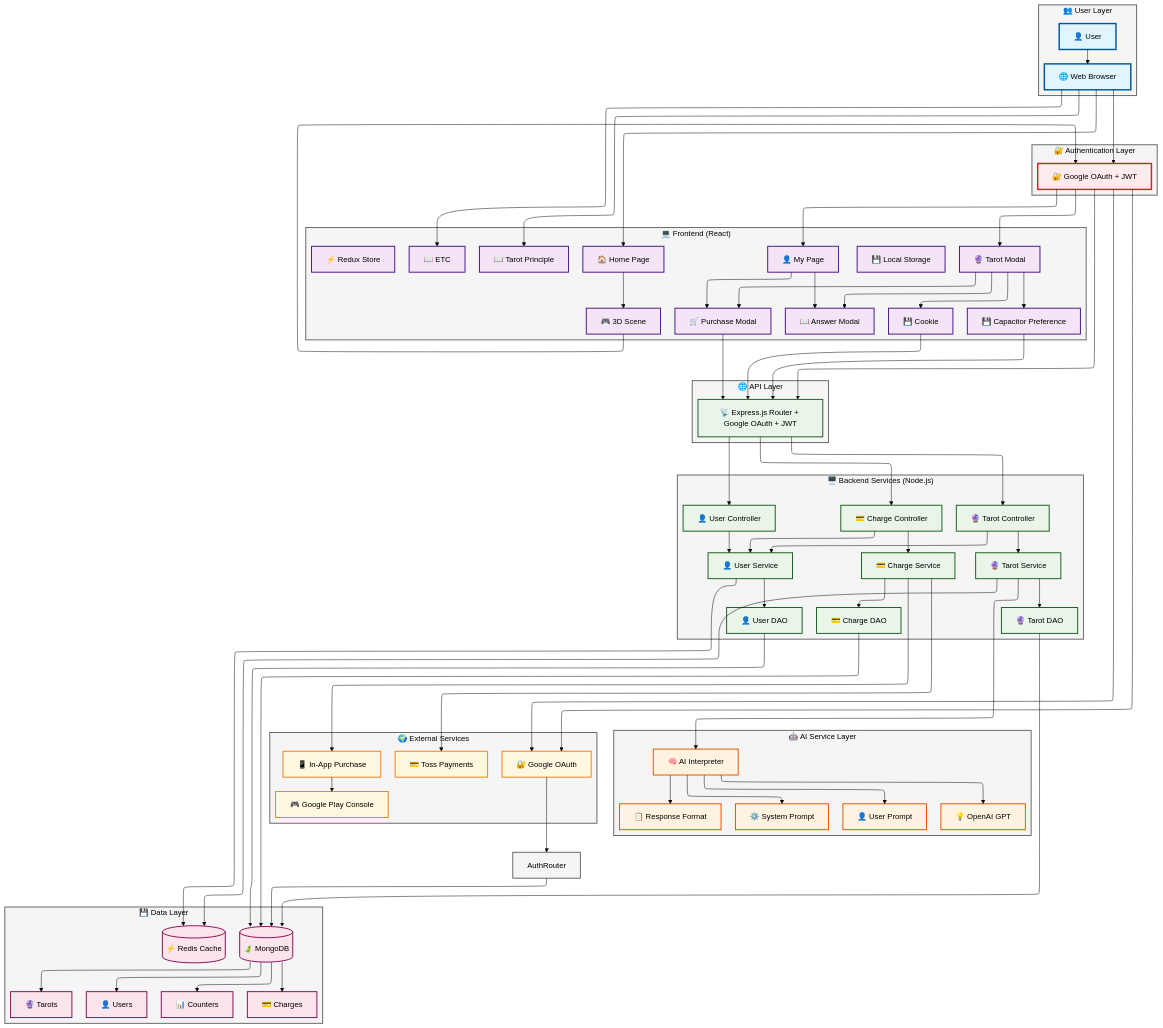
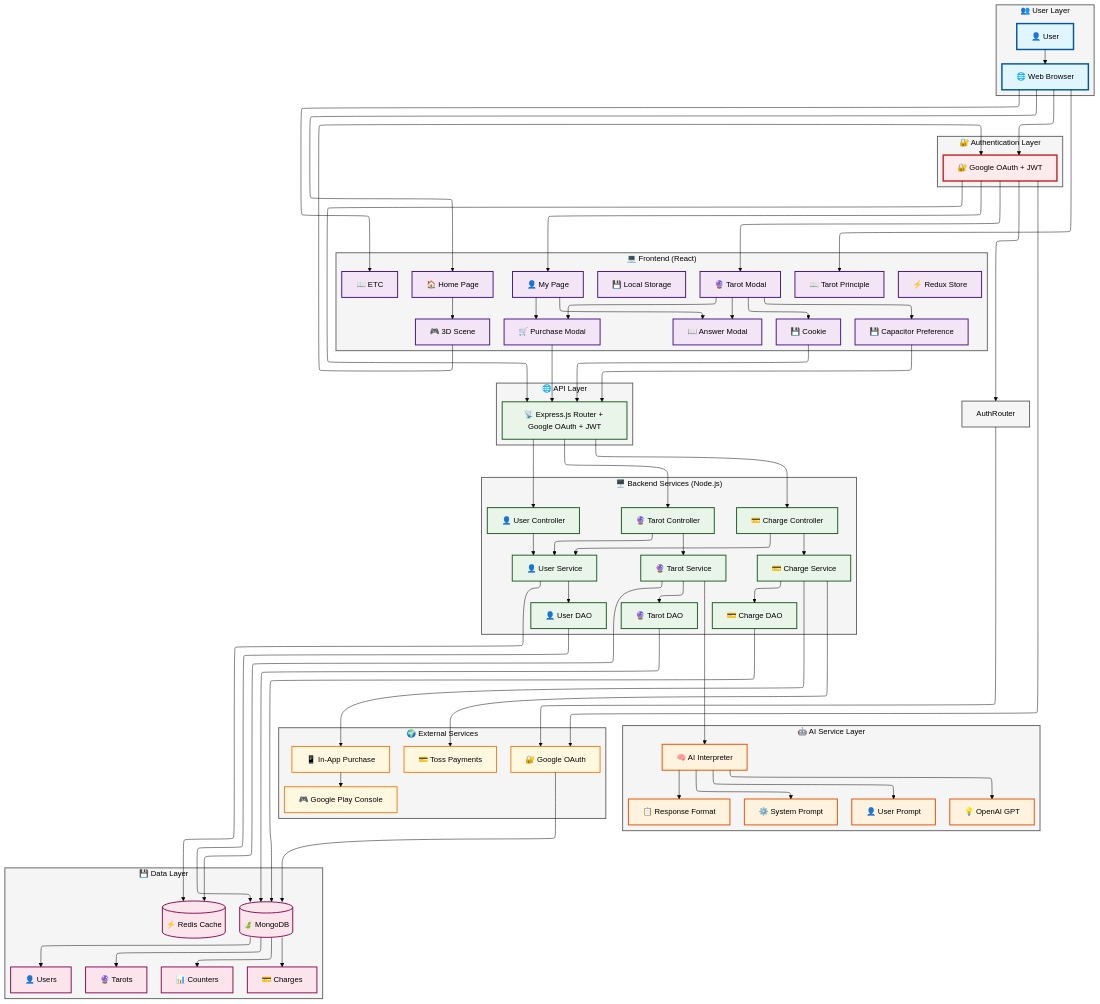
The diagram in diagram.mmd (JINWORLD13/tnrktod-dkfkx-xcv19836), drawn with Mermaid before and after one commit.

```diff
--- a/diagram.mmd
+++ b/diagram.mmd
@@ -1,179 +1,179 @@
 ---
 config:
   layout: elk
   theme: base
   themeVariables:
     background: '#ffffff'
     primaryColor: '#ffffff'
 ---
 flowchart TB
     %% User Layer
     subgraph UserLayer ["👥 User Layer"]
         User["👤 User"]
         Browser["🌐 Web Browser"]
     end
 
     %% Frontend Layer
     subgraph Frontend ["💻 Frontend (React)"]
         %% Page Layer
         MyPage["👤 My Page"]
         TarotPrinciple["📖 Tarot Principle"]
         HomePage["🏠 Home Page"]
         ETC["📖 ETC"]
         
         %% Component Layer  
         TarotModal["🔮 Tarot Modal"]
         AnswerModal["📖 Answer Modal"]
         PurchaseModal["🛒 Purchase Modal"]
         ThreeScene["🎮 3D Scene"]
         
         %% State Management
         Redux["⚡ Redux Store"]
         LocalStorage["💾 Local Storage"]
         Cookie["💾 Cookie"]
         CapacitorPreference["💾 Capacitor Preference"]
     end
 
     %% Authentication Layer
     subgraph AuthLayer ["🔐 Authentication Layer"]
         AuthFlow["🔐 Google OAuth + JWT"]
     end
 
     %% API Layer
     subgraph APILayer ["🌐 API Layer"]
         APIGateway["📡 Express.js Router + Google OAuth + JWT"]
     end
 
     %% Backend Service Layer
     subgraph Backend ["🖥️ Backend Services (Node.js)"]
         %% Controller Layer
         TarotController["🔮 Tarot Controller"]
         UserController["👤 User Controller"]
         ChargeController["💳 Charge Controller"]
         
         %% Service Layer
         TarotService["🔮 Tarot Service"]
         UserService["👤 User Service"]
         ChargeService["💳 Charge Service"]
         
         %% DAO Layer
         TarotDAO["🔮 Tarot DAO"]
         UserDAO["👤 User DAO"]
         ChargeDAO["💳 Charge DAO"]
     end
 
     %% AI Service Layer
     subgraph AILayer ["🤖 AI Service Layer"]
         AIInterpreter["🧠 AI Interpreter"]
         OpenAI["💡 OpenAI GPT"]
         SystemPrompt["⚙️ System Prompt"]
         UserPrompt["👤 User Prompt"]
         ResponseFormat["📋 Response Format"]
     end
 
     %% Data Layer
     subgraph DataLayer ["💾 Data Layer"]
         MongoDB[("🍃 MongoDB")]
         Redis[("⚡ Redis Cache")]
         UserCollection["👤 Users"]
         TarotCollection["🔮 Tarots"]
         ChargeCollection["💳 Charges"]
         CounterCollection["📊 Counters"]
     end
 
     %% External Services
     subgraph ExternalLayer ["🌍 External Services"]
         GoogleAuth["🔐 Google OAuth"]
         TossPayments["💳 Toss Payments"]
         InAppPurchase["📱 In-App Purchase"]
         GooglePlayConsole["🎮 Google Play Console"]
     end
 
     %% Connections
     User --> Browser
     Browser --> HomePage
     Browser --> TarotPrinciple
     Browser --> ETC
     
     %% MyPage 인증 플로우
     Browser --> AuthFlow
     AuthFlow --> MyPage
     
     HomePage --> ThreeScene
     
     %% 3D Scene -> Tarot Modal 인증 플로우
     ThreeScene --> AuthFlow
     AuthFlow --> TarotModal
     
     TarotModal --> AnswerModal
     TarotModal --> PurchaseModal
     MyPage --> AnswerModal
     MyPage --> PurchaseModal
     
     TarotModal --> Cookie
     TarotModal --> CapacitorPreference
     Cookie --> APIGateway
     CapacitorPreference --> APIGateway
     PurchaseModal --> APIGateway
     
     %% 통합된 인증 플로우
     AuthFlow --> GoogleAuth
-    AuthFlow --> GoogleAuth
-    GoogleAuth --> AuthRouter
-    AuthRouter --> MongoDB
+    AuthFlow --> AuthRouter
+    AuthRouter --> GoogleAuth
+    GoogleAuth --> MongoDB
     AuthFlow --> APIGateway
     
     APIGateway --> TarotController
     APIGateway --> UserController
     APIGateway --> ChargeController
     
     TarotController --> TarotService
     TarotController --> UserService
     UserController --> UserService
     ChargeController --> ChargeService
     ChargeController --> UserService
     
     TarotService --> AIInterpreter
     TarotService --> TarotDAO
     TarotService --> Redis
     UserService --> UserDAO
     UserService --> Redis
     ChargeService --> ChargeDAO
     ChargeService --> TossPayments
     ChargeService --> InAppPurchase
     
     AIInterpreter --> SystemPrompt
     AIInterpreter --> UserPrompt
     AIInterpreter --> ResponseFormat
     AIInterpreter --> OpenAI
     
     TarotDAO --> MongoDB
     UserDAO --> MongoDB
     ChargeDAO --> MongoDB
     
     MongoDB --> UserCollection
     MongoDB --> TarotCollection
     MongoDB --> ChargeCollection
     MongoDB --> CounterCollection
     
     InAppPurchase --> GooglePlayConsole
 
     %% Styling Classes
     classDef userClass fill:#e1f5fe,stroke:#01579b,stroke-width:3px,color:#000
     classDef frontendClass fill:#f3e5f5,stroke:#4a148c,stroke-width:2px,color:#000
     classDef authClass fill:#ffebee,stroke:#c62828,stroke-width:3px,color:#000
     classDef backendClass fill:#e8f5e8,stroke:#1b5e20,stroke-width:2px,color:#000
     classDef aiClass fill:#fff3e0,stroke:#e65100,stroke-width:2px,color:#000
     classDef dataClass fill:#fce4ec,stroke:#880e4f,stroke-width:2px,color:#000
     classDef externalClass fill:#fff8e1,stroke:#f57f17,stroke-width:2px,color:#000
     classDef layerClass fill:#f5f5f5,stroke:#666,stroke-width:2px,color:#000
 
     %% Apply Classes
     class User,Browser userClass
     class MyPage,HomePage,TarotPrinciple,ETC,TarotModal,AnswerModal,PurchaseModal,ThreeScene,Redux,LocalStorage,Cookie,CapacitorPreference frontendClass
     class AuthFlow authClass
     class APIGateway,TarotController,UserController,ChargeController,TarotService,UserService,ChargeService,TarotDAO,UserDAO,ChargeDAO backendClass
     class AIInterpreter,OpenAI,SystemPrompt,UserPrompt,ResponseFormat aiClass
     class MongoDB,Redis,UserCollection,TarotCollection,ChargeCollection,CounterCollection dataClass
     class GoogleAuth,TossPayments,InAppPurchase,GooglePlayConsole externalClass
     class UserLayer,Frontend,AuthRouter,AuthLayer,APILayer,Backend,AILayer,DataLayer,ExternalLayer layerClass
```
